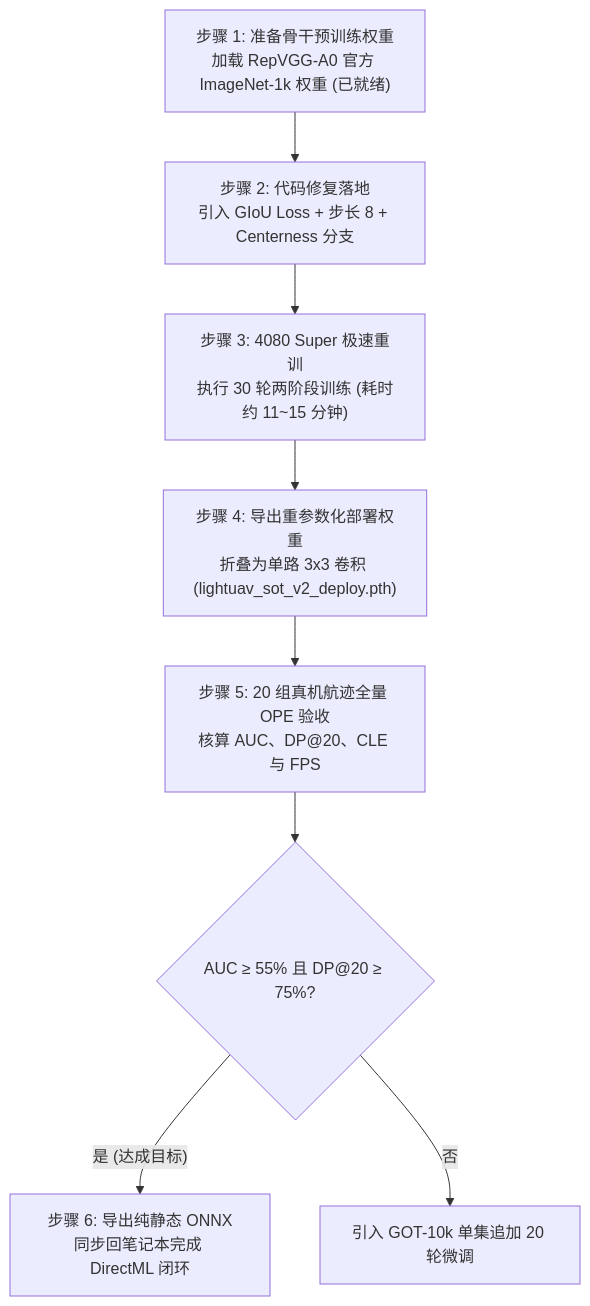
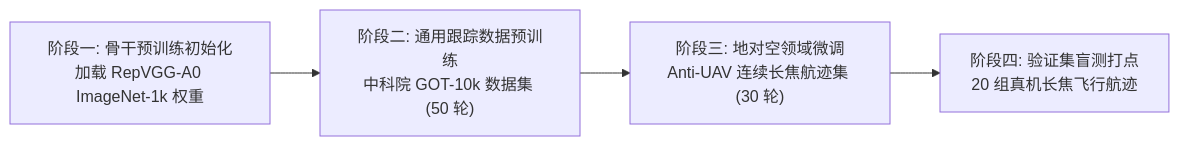
Before and after one commit to soranokiseki1437/nanhu_RGB_PTZ: the second of 2 diagrams in 待执行方案/04B_基于预训练骨干初始化与尺度回归修复的SOT重训方案.md, drawn with Mermaid. The commit also changed other lines of this file and 4 other files, not shown here.

````diff
--- a/待执行方案/04B_基于预训练骨干初始化与尺度回归修复的SOT重训方案.md
+++ b/待执行方案/04B_基于预训练骨干初始化与尺度回归修复的SOT重训方案.md
@@ -157,10 +101,6 @@
 ```mermaid
-flowchart TD
-    A["步骤 1: 准备骨干预训练权重<br/>加载 RepVGG-A0 官方 ImageNet-1k 权重 (已就绪)"] --> B["步骤 2: 代码修复落地<br/>引入 GIoU Loss + 步长 8 + Centerness 分支"]
-    B --> C["步骤 3: 4080 Super 极速重训<br/>执行 30 轮两阶段训练 (耗时约 11~15 分钟)"]
-    C --> D["步骤 4: 导出重参数化部署权重<br/>折叠为单路 3x3 卷积 (lightuav_sot_v2_deploy.pth)"]
-    D --> E["步骤 5: 20 组真机航迹全量 OPE 验收<br/>核算 AUC、DP@20、CLE 与 FPS"]
-    E --> F{"AUC ≥ 55% 且 DP@20 ≥ 75%?"}
-    F -->|"是 (达成目标)"| G["步骤 6: 导出纯静态 ONNX<br/>同步回笔记本完成 DirectML 闭环"]
-    F -->|"否"| H["引入 GOT-10k 单集追加 20 轮微调"]
+flowchart LR
+    A["阶段一: 骨干预训练初始化<br/>加载 RepVGG-A0 ImageNet-1k 权重"] --> B["阶段二: 通用跟踪数据预训练<br/>中科院 GOT-10k 数据集 (50 轮)"]
+    B --> C["阶段三: 地对空领域微调<br/>Anti-UAV 连续长焦航迹集 (30 轮)"]
+    C --> D["阶段四: 验证集盲测打点<br/>20 组真机长焦飞行航迹"]
 ```
````
